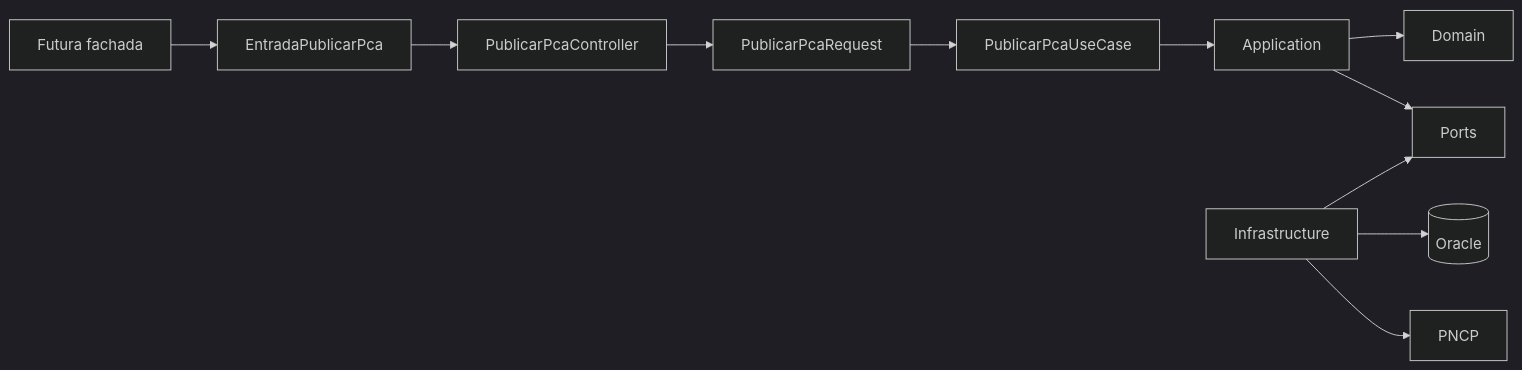
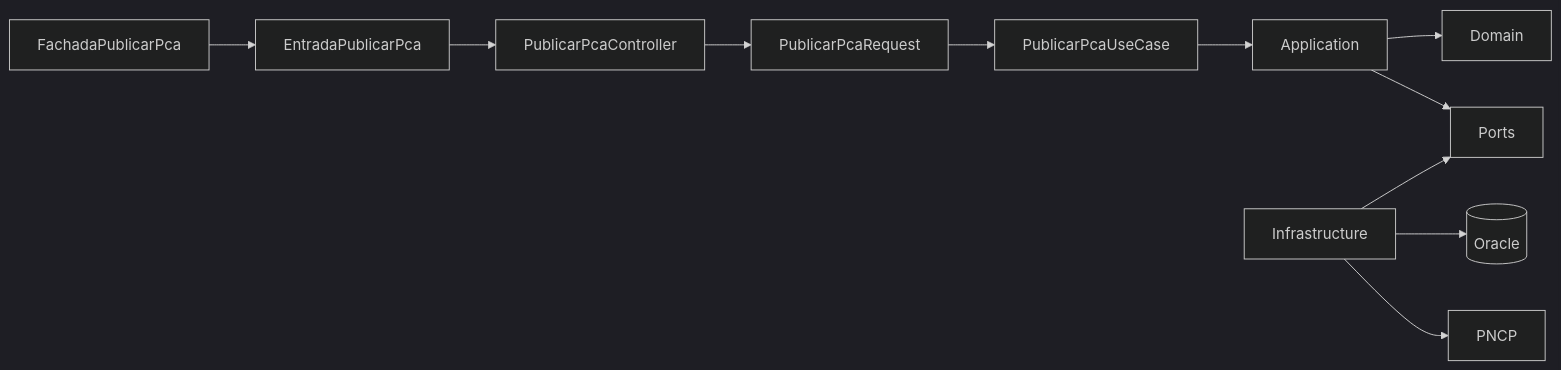
Before and after one commit to JhonnyRodrigues/pca-pncp-backend: the first of 3 diagrams in docs/vigentes/apoio/guia_de_leitura_do_codigo.md, drawn with Mermaid (dark theme). The commit also changed other lines of this file and 16 other files, not shown here.

````diff
--- a/docs/vigentes/apoio/guia_de_leitura_do_codigo.md
+++ b/docs/vigentes/apoio/guia_de_leitura_do_codigo.md
@@ -16,13 +16,13 @@
 ```mermaid
 flowchart LR
-    F[Futura fachada] --> E[EntradaPublicarPca]
+    F[FachadaPublicarPca] --> E[EntradaPublicarPca]
     E --> C[PublicarPcaController]
     C --> R[PublicarPcaRequest]
     R --> U[PublicarPcaUseCase]
     U --> A[Application]
     A --> D[Domain]
     A --> P[Ports]
     I[Infrastructure] --> P
     I --> O[(Oracle)]
     I --> N[PNCP]
 ```
````
